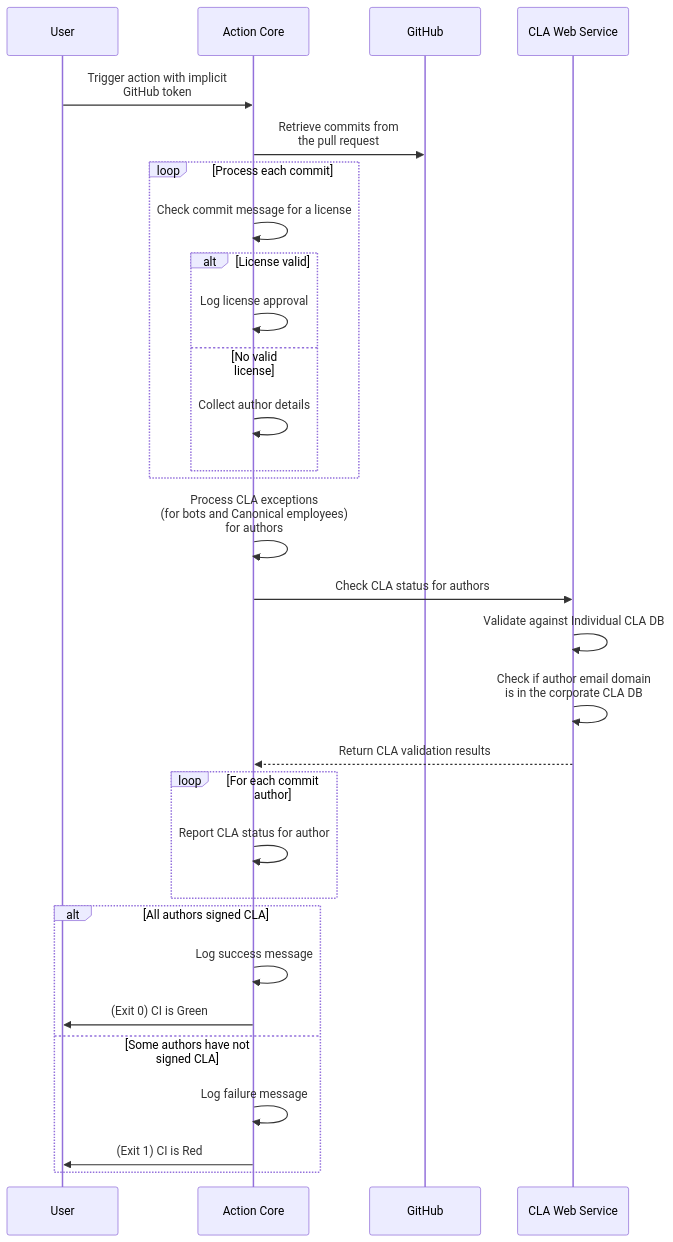
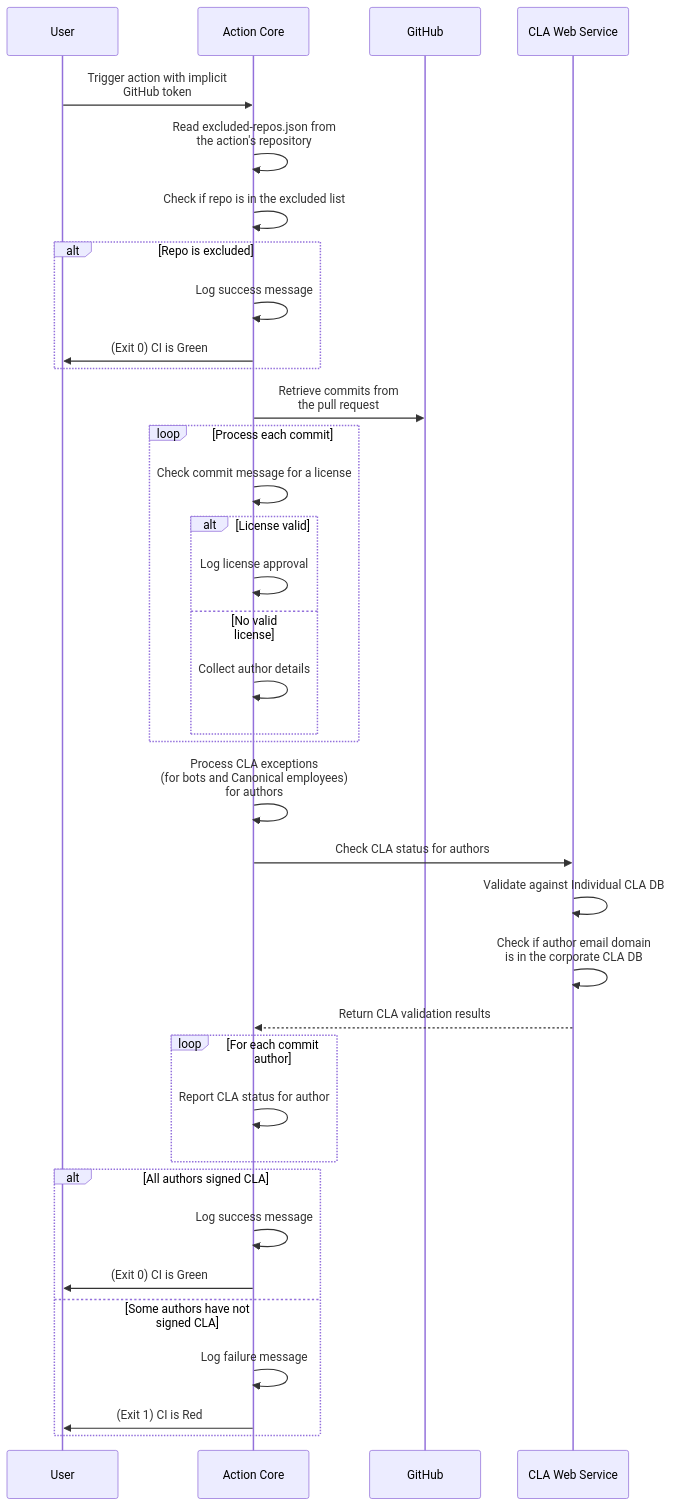
One commit to canonical/has-signed-canonical-cla changed the diagram in ARCHITECTURE.md. Above: the diagram before and after it, drawn with Mermaid. The commit also changed 2 other files, not shown here.

Commit message:
feat: add excluded repositories functionality to CLA check

````diff
--- a/ARCHITECTURE.md
+++ b/ARCHITECTURE.md
@@ -3,39 +3,46 @@
 ```mermaid
 sequenceDiagram
     participant User as User
     participant Core as Action Core
     participant GitHub as GitHub
     participant CLAService as CLA Web Service
 
     User->>Core: Trigger action with implicit<br> GitHub token
+    Core->>Core: Read excluded-repos.json from<br> the action's repository
+    Core->>Core: Check if repo is in the excluded list
+    alt Repo is excluded
+        Core->>Core: Log success message
+        Core->>User: (Exit 0) CI is Green
+    end
+    
     Core->>GitHub: Retrieve commits from<br> the pull request
 
     loop Process each commit
         Core->>Core: Check commit message for a license
         alt License valid
             Core->>Core: Log license approval
         else No valid license
             Core->>Core: Collect author details
         end
     end
 
     Core->>Core: Process CLA exceptions<br> (for bots and Canonical employees)<br> for authors
 
     Core->>CLAService: Check CLA status for authors
     CLAService->>CLAService: Validate against Individual CLA DB
     CLAService->>CLAService: Check if author email domain<br> is in the corporate CLA DB
     CLAService-->>Core: Return CLA validation results
 
     loop For each commit author
         Core->>Core: Report CLA status for author
     end
     
     alt All authors signed CLA
         Core->>Core: Log success message
         Core->>User: (Exit 0) CI is Green
     else Some authors have not signed CLA
         Core->>Core: Log failure message
         Core->>User: (Exit 1) CI is Red
     end
 
 ```
````
